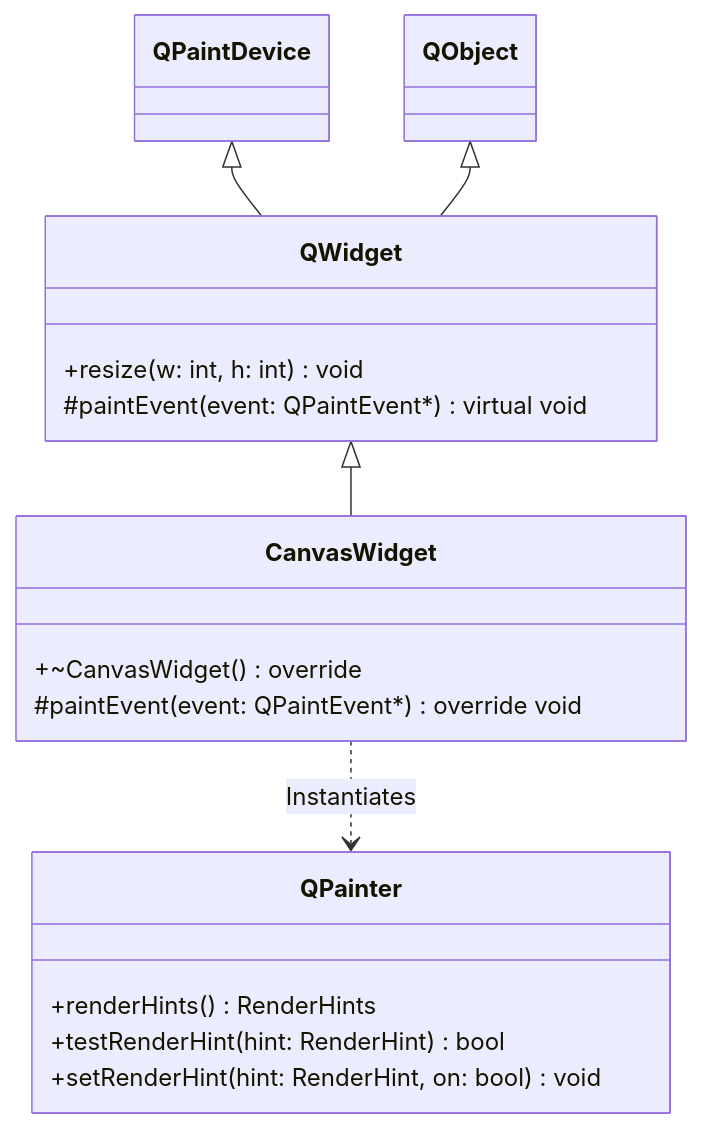
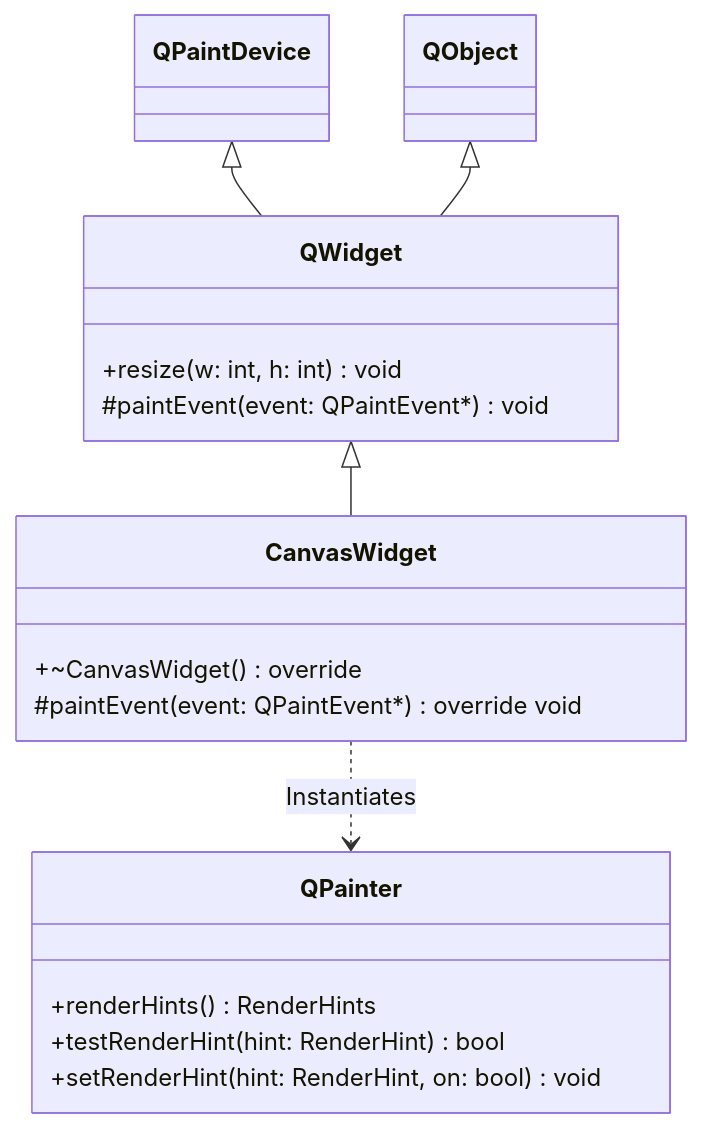
One commit to Mallikarjuna00G/qPainterLearning_001 changed diagram 37 of 41 in docs/listOfProjects.md. Above: the diagram before and after it, drawn with Mermaid. The commit also changed other lines of this file, not shown here.

Commit message:
docs: Fix mermaid syntax error for virtual void return types

````diff
--- a/docs/listOfProjects.md
+++ b/docs/listOfProjects.md
@@ -1951,24 +1951,24 @@
 ```mermaid
 classDiagram
     QPaintDevice <|-- QWidget
     QObject <|-- QWidget
     QWidget <|-- CanvasWidget
     
     class QWidget {
         +resize(w: int, h: int) void
-        #paintEvent(event: QPaintEvent*) virtual void
+        #paintEvent(event: QPaintEvent*) void
     }
     
     class CanvasWidget {
         +~CanvasWidget() override
         #paintEvent(event: QPaintEvent*) override void
     }
     
     class QPainter {
         +renderHints() RenderHints
         +testRenderHint(hint: RenderHint) bool
         +setRenderHint(hint: RenderHint, on: bool) void
     }
     
     CanvasWidget ..> QPainter : Instantiates
 ```
````
